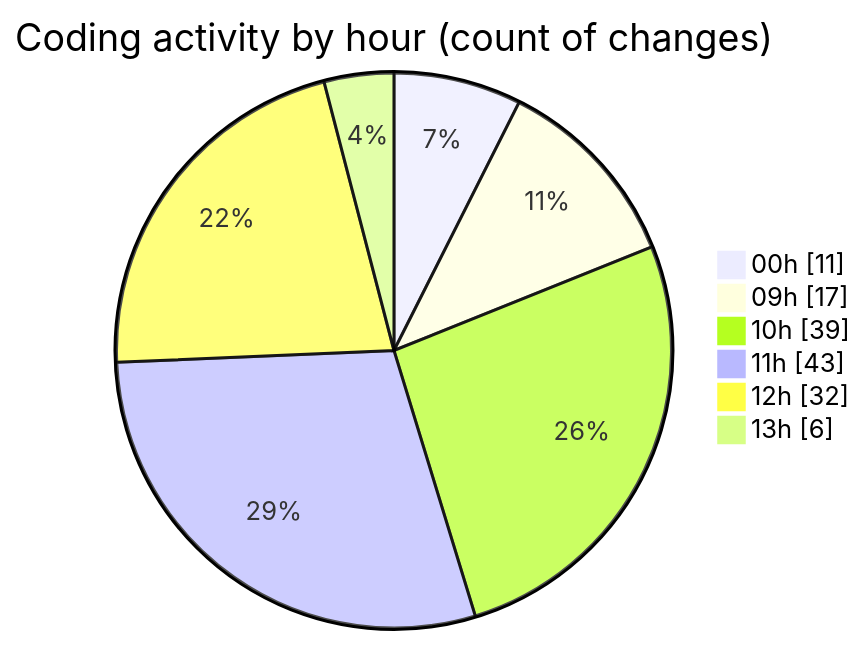
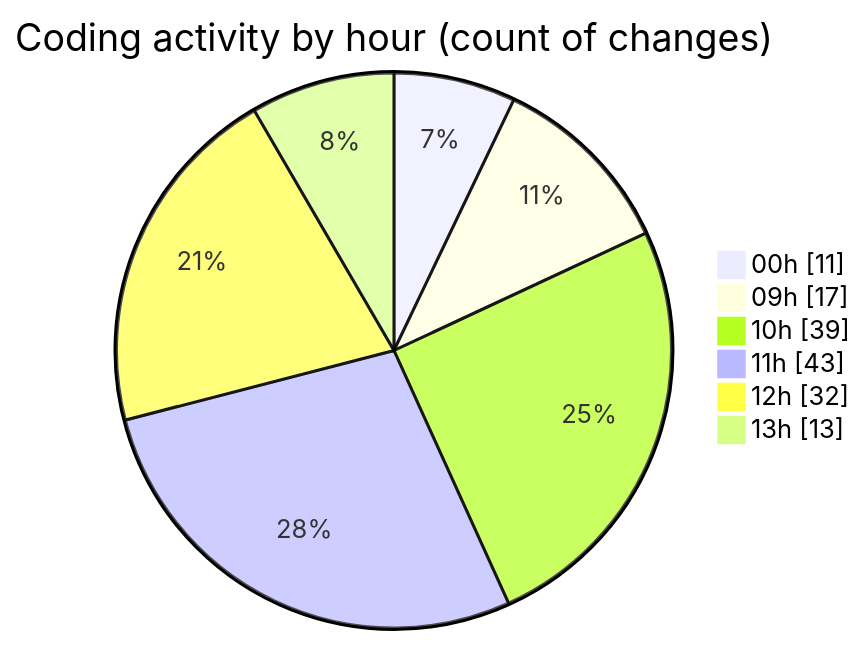
Before and after one commit to momahboobian/code-tracking: the second of 2 diagrams in 2026-09-02/cda/README.md, drawn with Mermaid. The commit also changed other lines of this file and 1 other file, not shown here.

````diff
--- a/2026-09-02/cda/README.md
+++ b/2026-09-02/cda/README.md
@@ -38,10 +39,10 @@
 ```mermaid
 pie showData
 title Coding activity by hour (count of changes)
 "00h" : 11
 "09h" : 17
 "10h" : 39
 "11h" : 43
 "12h" : 32
-"13h" : 6
+"13h" : 13
 ```
````
